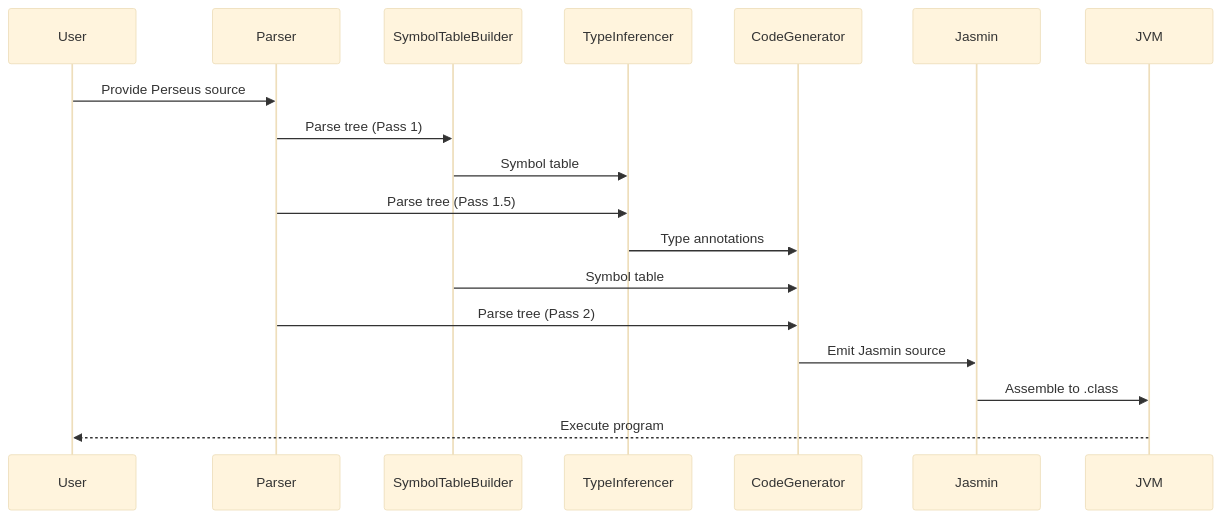
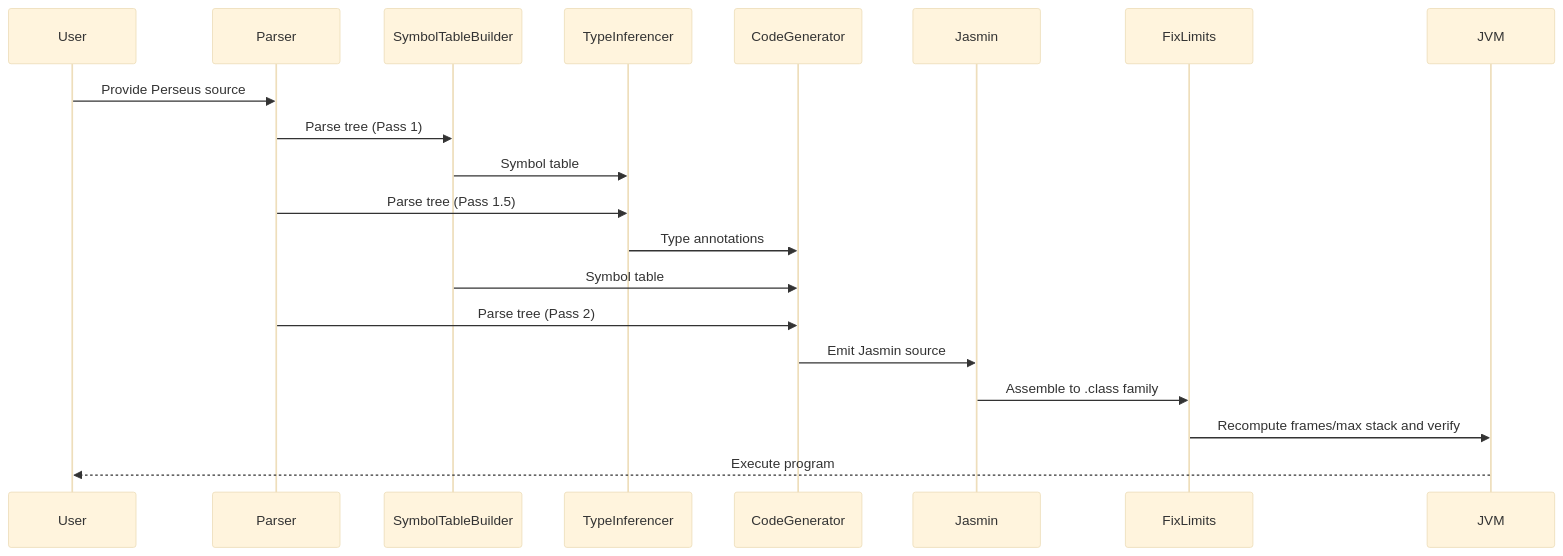
The second of 3 diagrams in docs/Architecture.md (gnbonney/Perseus), drawn with Mermaid (base theme) before and after one commit. The commit also changed other lines of this file and 16 other files, not shown here.

````diff
--- a/docs/Architecture.md
+++ b/docs/Architecture.md
@@ -75,20 +77,22 @@
 ```mermaid
 sequenceDiagram
     participant User
     participant Parser
     participant SymbolTableBuilder
     participant TypeInferencer
     participant CodeGenerator
     participant Jasmin
+    participant FixLimits
     participant JVM
     User->>Parser: Provide Perseus source
     Parser->>SymbolTableBuilder: Parse tree (Pass 1)
     SymbolTableBuilder->>TypeInferencer: Symbol table
     Parser->>TypeInferencer: Parse tree (Pass 1.5)
     TypeInferencer->>CodeGenerator: Type annotations
     SymbolTableBuilder->>CodeGenerator: Symbol table
     Parser->>CodeGenerator: Parse tree (Pass 2)
     CodeGenerator->>Jasmin: Emit Jasmin source
-    Jasmin->>JVM: Assemble to .class
+    Jasmin->>FixLimits: Assemble to .class family
+    FixLimits->>JVM: Recompute frames/max stack and verify
     JVM-->>User: Execute program
 ```
````
